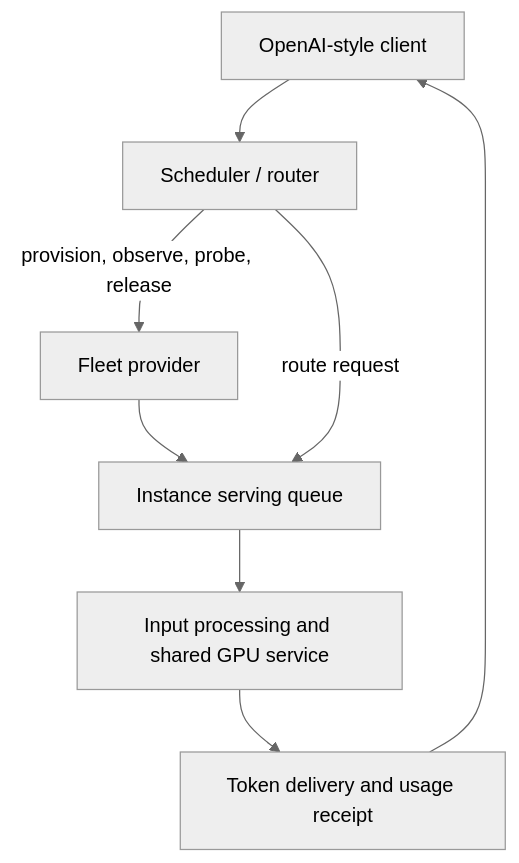
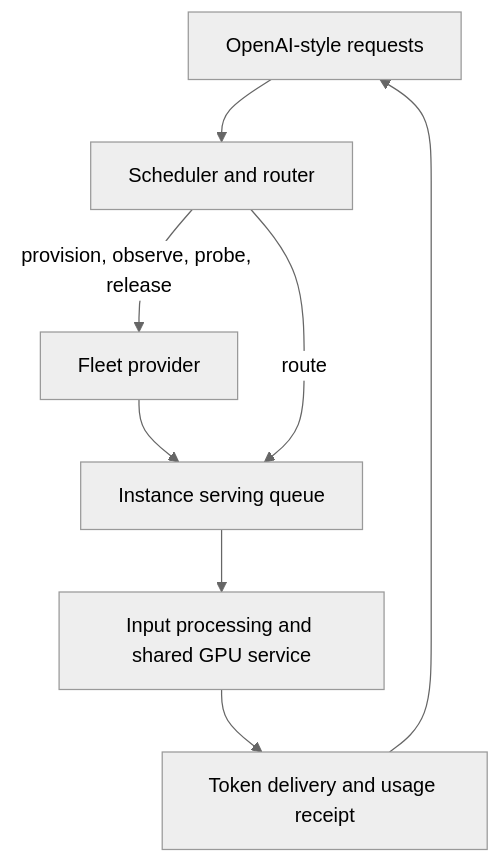
The diagram in README.md (lxe/switchyard), drawn with Mermaid (neutral theme) before and after one commit. The commit also changed other lines of this file and 50 other files, not shown here.

````diff
--- a/README.md
+++ b/README.md
@@ -43,10 +58,10 @@
 ```mermaid
 flowchart TD
-    C[OpenAI-style client] --> R[Scheduler / router]
+    C[OpenAI-style requests] --> R[Scheduler and router]
     R -->|provision, observe, probe, release| P[Fleet provider]
     P --> Q[Instance serving queue]
-    R -->|route request| Q
+    R -->|route| Q
     Q --> G[Input processing and shared GPU service]
     G --> D[Token delivery and usage receipt]
     D --> C
 ```
````
